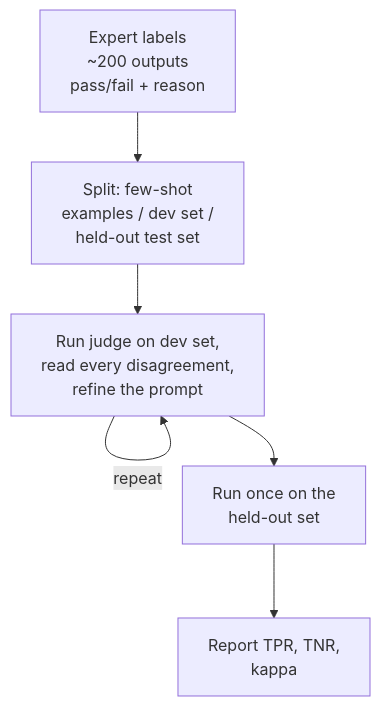
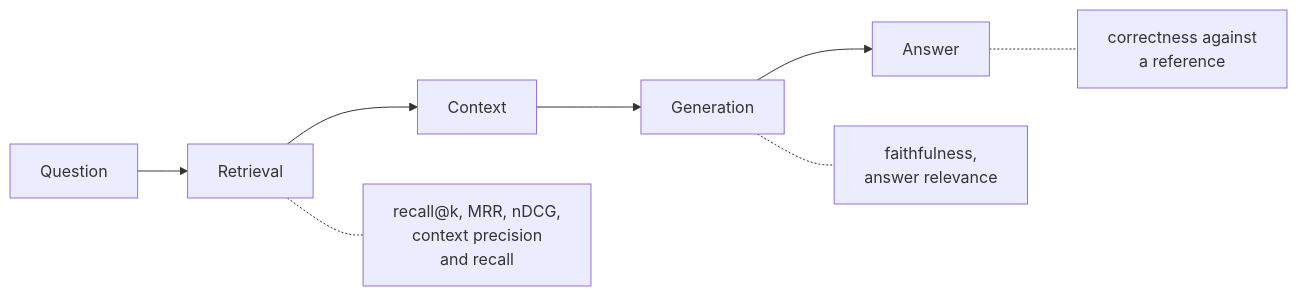
The fourth of 6 diagrams in src/Data/aiStackDocs/CH-08.md (shubamchaudhary/CodeNITW), drawn with Mermaid before and after one commit. The commit also changed other lines of this file and 52 other files, not shown here.

````diff
--- a/src/Data/aiStackDocs/CH-08.md
+++ b/src/Data/aiStackDocs/CH-08.md
@@ -176,8 +155,10 @@
 ```mermaid
-flowchart TB
-    L["Expert labels<br/>~200 outputs<br/>pass/fail + reason"] --> SP["Split: few-shot<br/>examples / dev set /<br/>held-out test set"]
-    SP --> IT["Run judge on dev set,<br/>read every disagreement,<br/>refine the prompt"]
-    IT -->|"repeat"| IT
-    IT --> TS["Run once on the<br/>held-out set"]
-    TS --> M["Report TPR, TNR,<br/>kappa"]
+flowchart LR
+    Q["Question"] --> RET["Retrieval"]
+    RET --> CTX["Context"]
+    CTX --> GEN["Generation"]
+    GEN --> A["Answer"]
+    RET -.- RM["recall@k, MRR, nDCG,<br/>context precision<br/>and recall"]
+    GEN -.- GM["faithfulness,<br/>answer relevance"]
+    A -.- CM["correctness against<br/>a reference"]
 ```
````
